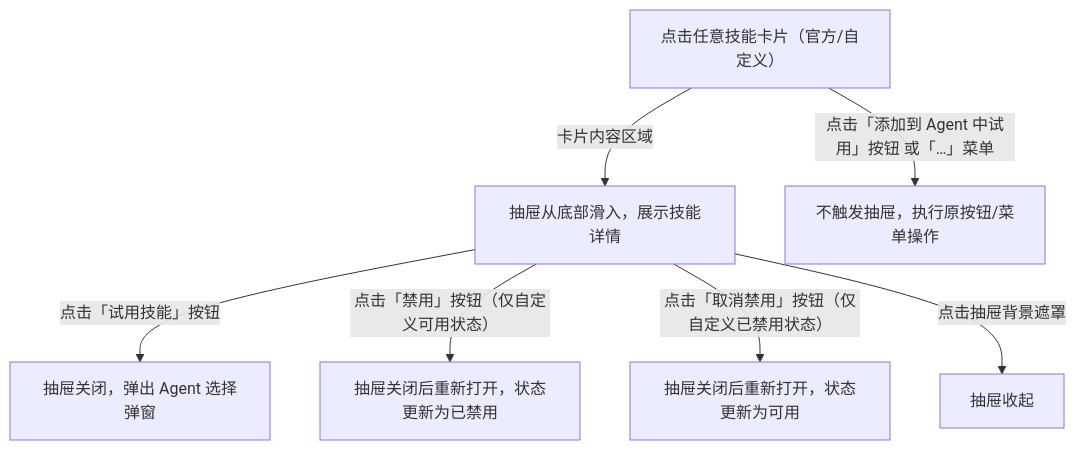
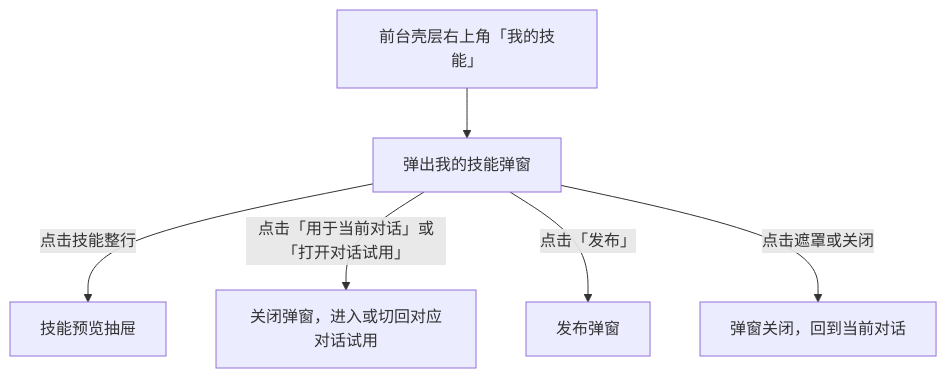
The seventh of 9 diagrams in custom-skill-entry/interaction-spec.md (zui-luo/dorauxdemo), drawn with Mermaid before and after one commit. The commit also changed other lines of this file and 14 other files, not shown here.

````diff
--- a/custom-skill-entry/interaction-spec.md
+++ b/custom-skill-entry/interaction-spec.md
@@ -141,9 +118,8 @@
 ```mermaid
 flowchart TD
-    A["点击任意技能卡片（官方/自定义）"] -->|卡片内容区域| B["抽屉从底部滑入，展示技能详情"]
-    A -->|点击「添加到 Agent 中试用」按钮 或「…」菜单| C["不触发抽屉，执行原按钮/菜单操作"]
-    B -->|点击「试用技能」按钮| D["抽屉关闭，弹出 Agent 选择弹窗"]
-    B -->|点击「禁用」按钮（仅自定义可用状态）| E["抽屉关闭后重新打开，状态更新为已禁用"]
-    B -->|点击「取消禁用」按钮（仅自定义已禁用状态）| F["抽屉关闭后重新打开，状态更新为可用"]
-    B -->|点击抽屉背景遮罩| G["抽屉收起"]
+    A["前台壳层右上角「我的技能」"] --> B["弹出我的技能弹窗"]
+    B -->|点击技能整行| C["技能预览抽屉"]
+    B -->|点击「用于当前对话」或「打开对话试用」| D["关闭弹窗，进入或切回对应对话试用"]
+    B -->|点击「发布」| E["发布弹窗"]
+    B -->|点击遮罩或关闭| F["弹窗关闭，回到当前对话"]
 ```
````
